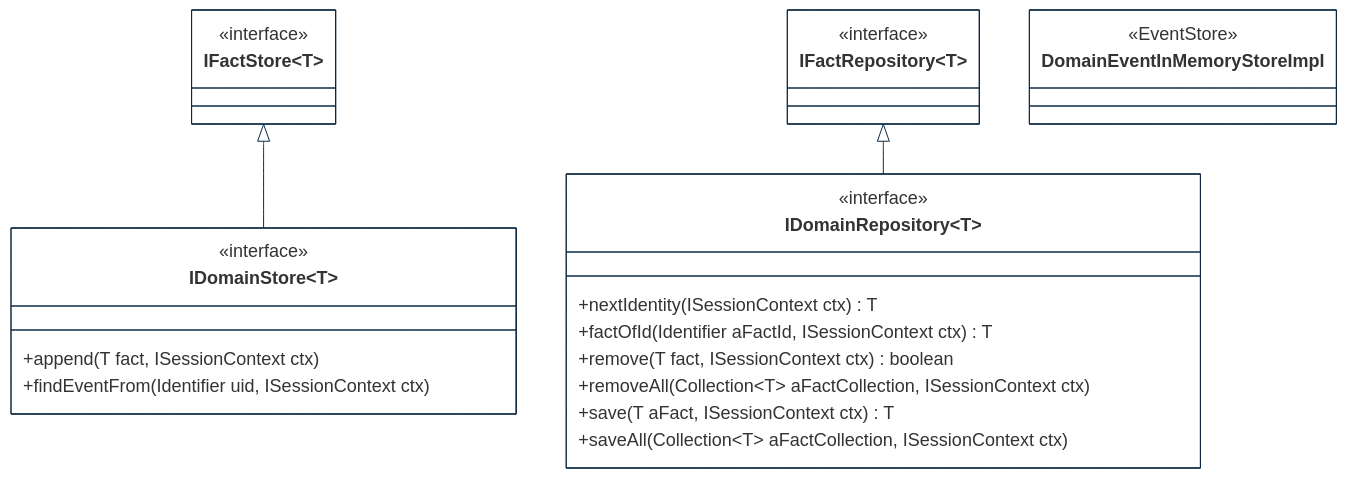
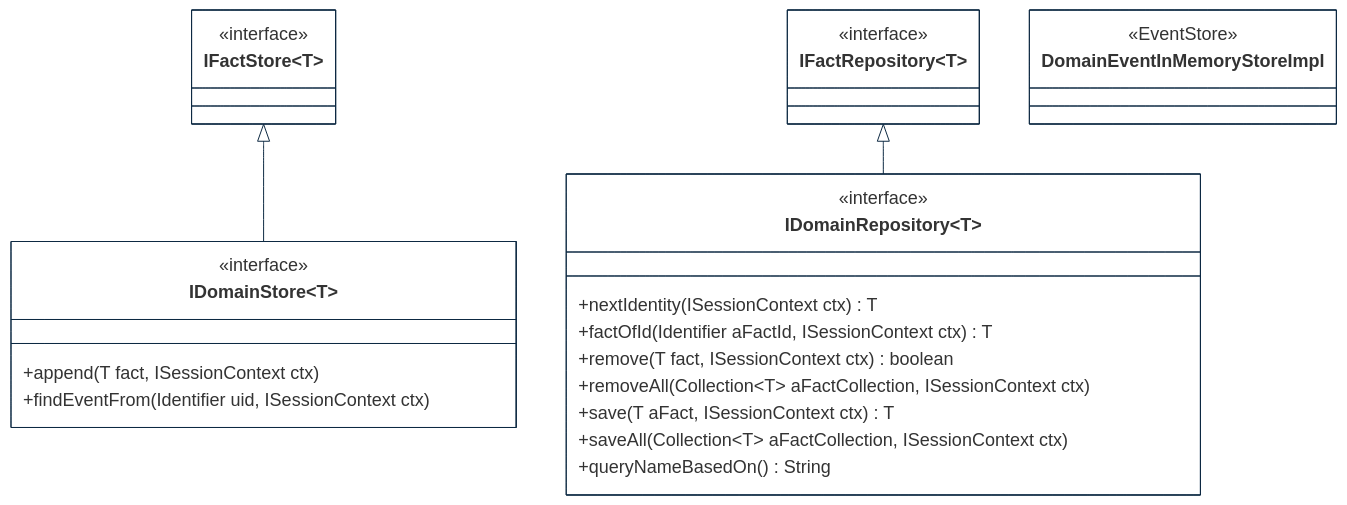
One commit to cybnity/foundation changed the fifth of 5 diagrams in implementations-line/framework/domain/designview-packages.md. Above: the diagram before and after it, drawn with Mermaid. The commit also changed other lines of this file and 123 other files, not shown here.

````diff
--- a/implementations-line/framework/domain/designview-packages.md
+++ b/implementations-line/framework/domain/designview-packages.md
@@ -388,47 +390,48 @@
 ```mermaid
 %%{
   init: {
     'theme': 'base',
     'themeVariables': {
         'background': '#ffffff',
         'fontFamily': 'arial',
         'fontSize': '18px',
         'primaryColor': '#fff',
         'primaryBorderColor': '#0e2a43',
         'secondaryBorderColor': '#0e2a43',
         'tertiaryBorderColor': '#0e2a43',
         'edgeLabelBackground':'#0e2a43',
         'lineColor': '#0e2a43',
         'tertiaryColor': '#fff'
     }
   }
 }%%
 classDiagram
     IFactStore~T~ <|-- IDomainStore~T~
     IFactRepository~T~ <|-- IDomainRepository~T~
 
     class IFactStore~T~ {
         <<interface>>
     }
     class IFactRepository~T~ {
         <<interface>>
     }
     class IDomainRepository~T~ {
         <<interface>>
         +nextIdentity(ISessionContext ctx) T
         +factOfId(Identifier aFactId, ISessionContext ctx) T
         +remove(T fact, ISessionContext ctx) boolean
         +removeAll(Collection~T~ aFactCollection, ISessionContext ctx)
         +save(T aFact, ISessionContext ctx) T
         +saveAll(Collection~T~ aFactCollection, ISessionContext ctx)
+        +queryNameBasedOn() String
     }
     class IDomainStore~T~ {
         <<interface>>
         +append(T fact, ISessionContext ctx)
         +findEventFrom(Identifier uid, ISessionContext ctx)
     }
     class DomainEventInMemoryStoreImpl {
         <<EventStore>>
     }
 
 ```
````
